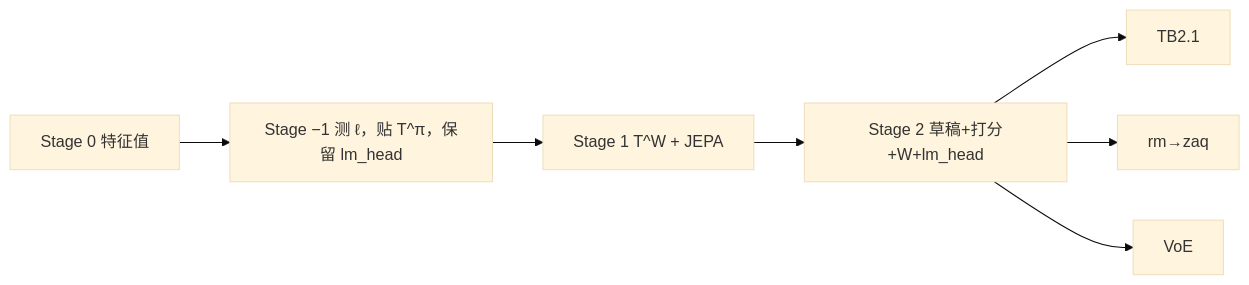
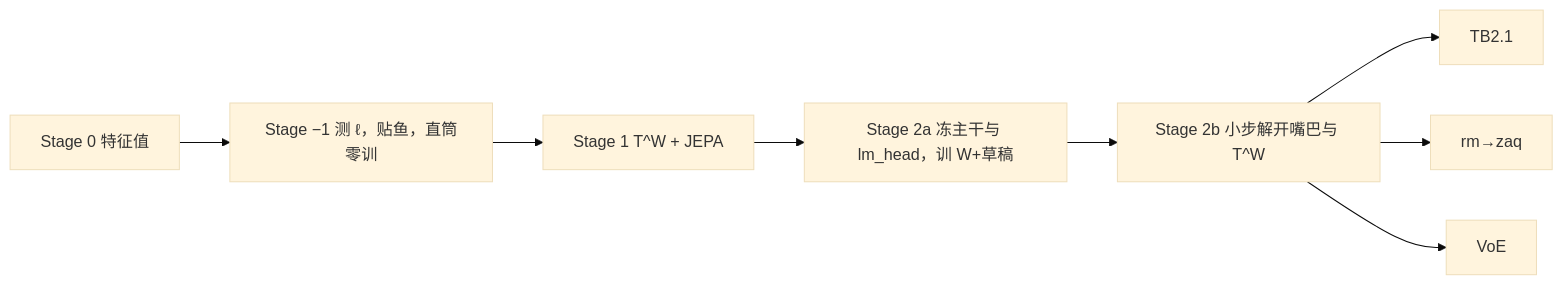
One commit to MegaGimen/BIV changed the second of 2 diagrams in AGENTS.md. Above: the diagram before and after it, drawn with Mermaid (base theme). The commit also changed other lines of this file, not shown here.

First line of the commit message:
Record the training decomposition: parse turns, Stage 0/−1/1/2a/2b, then report.

````diff
--- a/AGENTS.md
+++ b/AGENTS.md
@@ -222,10 +240,11 @@
 ```mermaid
 flowchart LR
     S0["Stage 0 特征值"]
-    S0 --> SM["Stage −1 测 ℓ，贴 T^π，保留 lm_head"]
+    S0 --> SM["Stage −1 测 ℓ，贴鱼，直筒零训"]
     SM --> S1["Stage 1 T^W + JEPA"]
-    S1 --> S2["Stage 2 草稿+打分+W+lm_head"]
-    S2 --> E1["TB2.1"]
-    S2 --> E2["rm→zaq"]
-    S2 --> E3["VoE"]
+    S1 --> S2A["Stage 2a 冻主干与 lm_head，训 W+草稿"]
+    S2A --> S2B["Stage 2b 小步解开嘴巴与 T^W"]
+    S2B --> E1["TB2.1"]
+    S2B --> E2["rm→zaq"]
+    S2B --> E3["VoE"]
 ```
````
